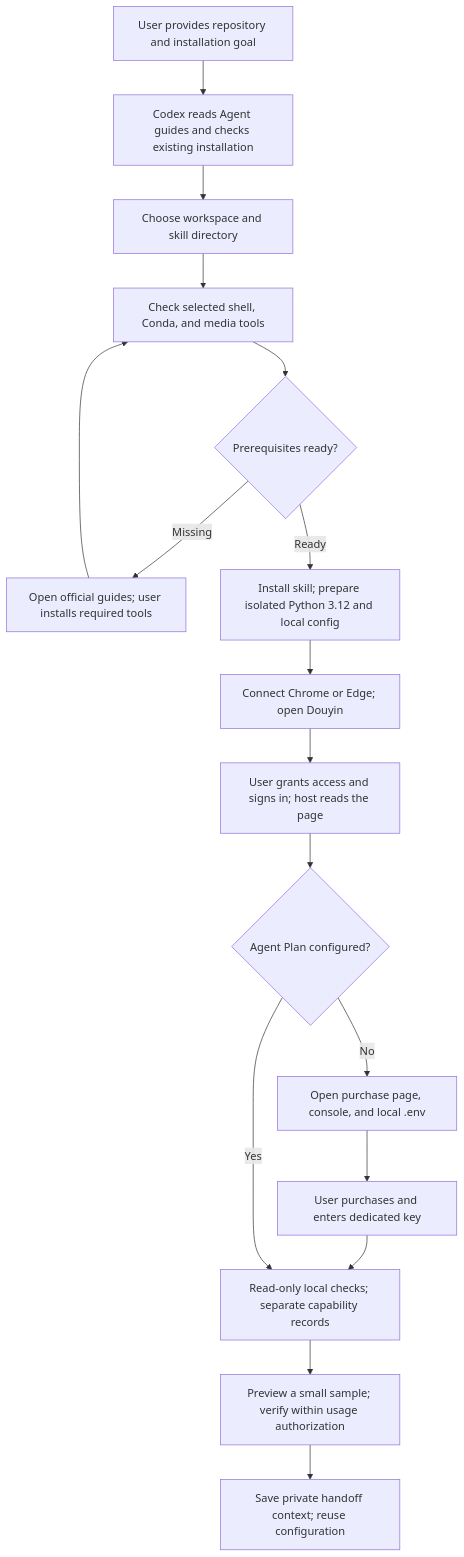
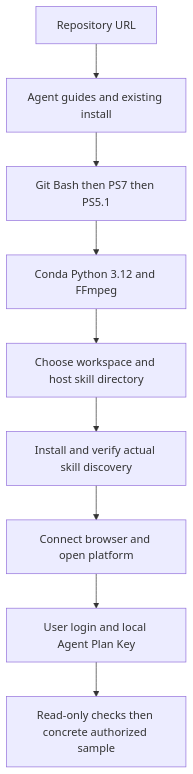
The first of 5 diagrams in README.en.md (HNNUYUXUAN/douyin-agent), drawn with Mermaid before and after one commit. The commit also changed other lines of this file and 61 other files, not shown here.

````diff
--- a/README.en.md
+++ b/README.en.md
@@ -72,19 +25,11 @@
 ```mermaid
 flowchart TD
-  A["User provides repository and installation goal"] --> B["Codex reads Agent guides and checks existing installation"]
-  B --> C["Choose workspace and skill directory"]
-  C --> D["Check selected shell, Conda, and media tools"]
-  D --> E{"Prerequisites ready?"}
-  E -->|Missing| F["Open official guides; user installs required tools"]
-  F --> D
-  E -->|Ready| G["Install skill; prepare isolated Python 3.12 and local config"]
-  G --> H["Connect Chrome or Edge; open Douyin"]
-  H --> I["User grants access and signs in; host reads the page"]
-  I --> J{"Agent Plan configured?"}
-  J -->|No| K["Open purchase page, console, and local .env"]
-  K --> L["User purchases and enters dedicated key"]
-  L --> M["Read-only local checks; separate capability records"]
-  J -->|Yes| M
-  M --> N["Preview a small sample; verify within usage authorization"]
-  N --> O["Save private handoff context; reuse configuration"]
+A[Repository URL] --> B[Agent guides and existing install]
+B --> C[Git Bash then PS7 then PS5.1]
+C --> D[Conda Python 3.12 and FFmpeg]
+D --> E[Choose workspace and host skill directory]
+E --> F[Install and verify actual skill discovery]
+F --> G[Connect browser and open platform]
+G --> H[User login and local Agent Plan Key]
+H --> I[Read-only checks then concrete authorized sample]
 ```
````
